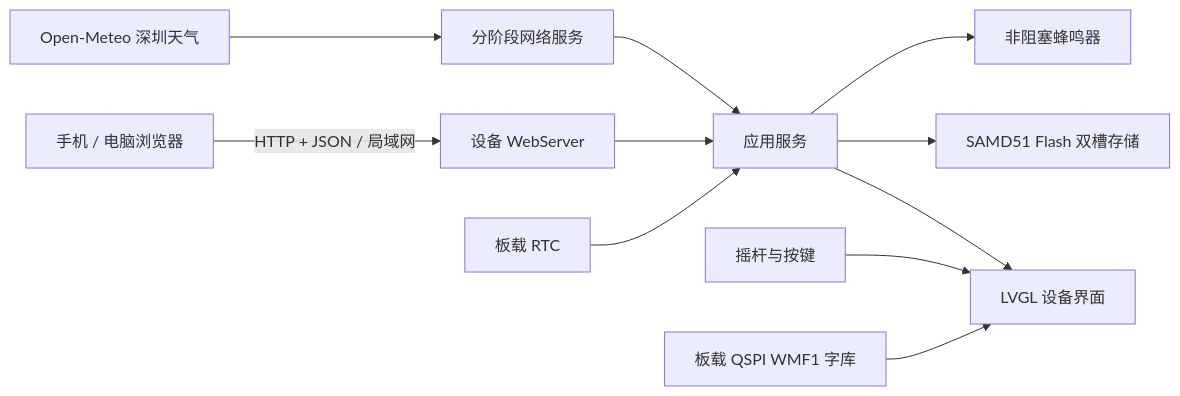
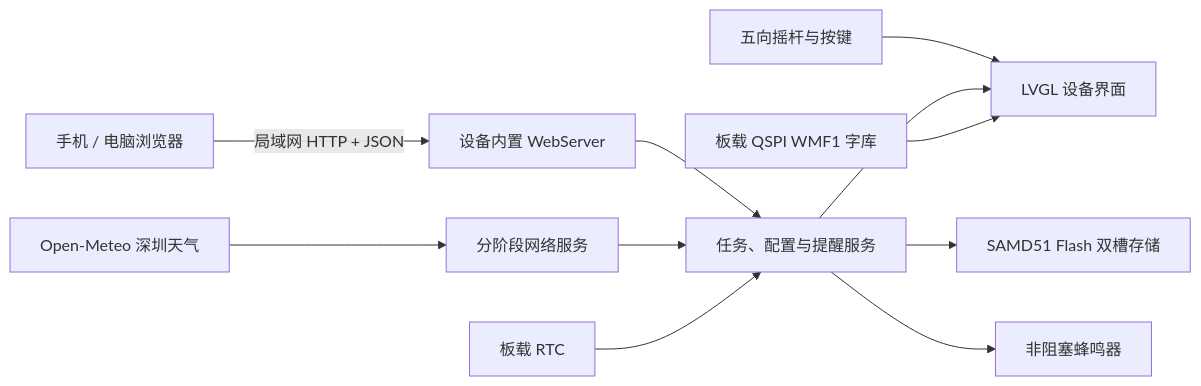
Before and after one commit to NS-ice/wio-memo: the diagram in README.md, drawn with Mermaid. The commit also changed other lines of this file and 10 other files, not shown here.

````diff
--- a/README.md
+++ b/README.md
@@ -77,13 +82,13 @@
 ```mermaid
 flowchart LR
-    Browser["手机 / 电脑浏览器"] -->|"HTTP + JSON / 局域网"| Web["设备 WebServer"]
-    Web --> App["应用服务"]
-    Keys["摇杆与按键"] --> UI["LVGL 设备界面"]
-    Weather["Open-Meteo 深圳天气"] --> Network["分阶段网络服务"]
-    Network --> App
+    Browser["手机 / 电脑浏览器"] -->|"局域网 HTTP + JSON"| Web["设备内置 WebServer"]
+    Keys["五向摇杆与按键"] --> UI["LVGL 设备界面"]
+    Weather["Open-Meteo 深圳天气"] --> Net["分阶段网络服务"]
+    Web --> App["任务、配置与提醒服务"]
+    Net --> App
     App --> UI
     App --> Store["SAMD51 Flash 双槽存储"]
     Fonts["板载 QSPI WMF1 字库"] --> UI
     RTC["板载 RTC"] --> App
     App --> Buzzer["非阻塞蜂鸣器"]
 ```
````
